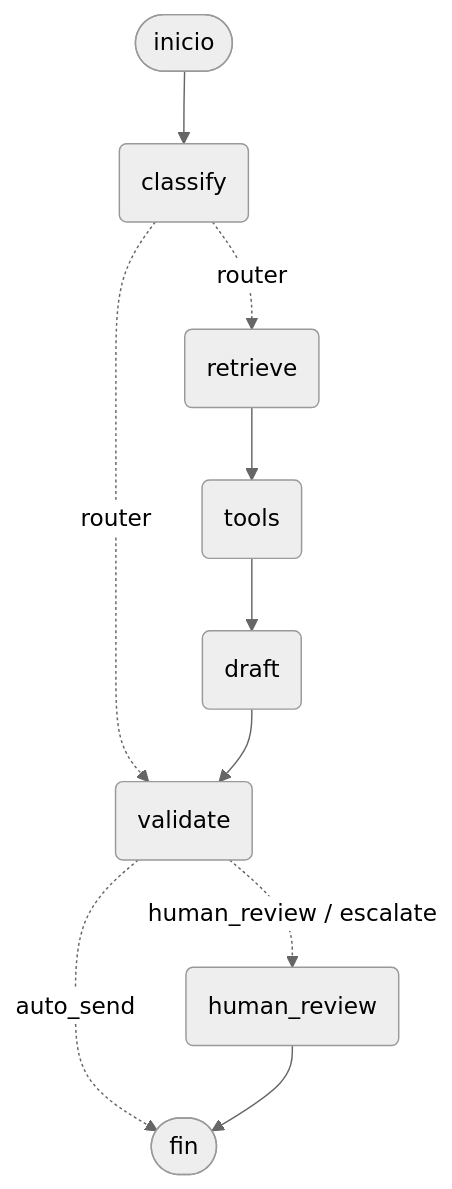
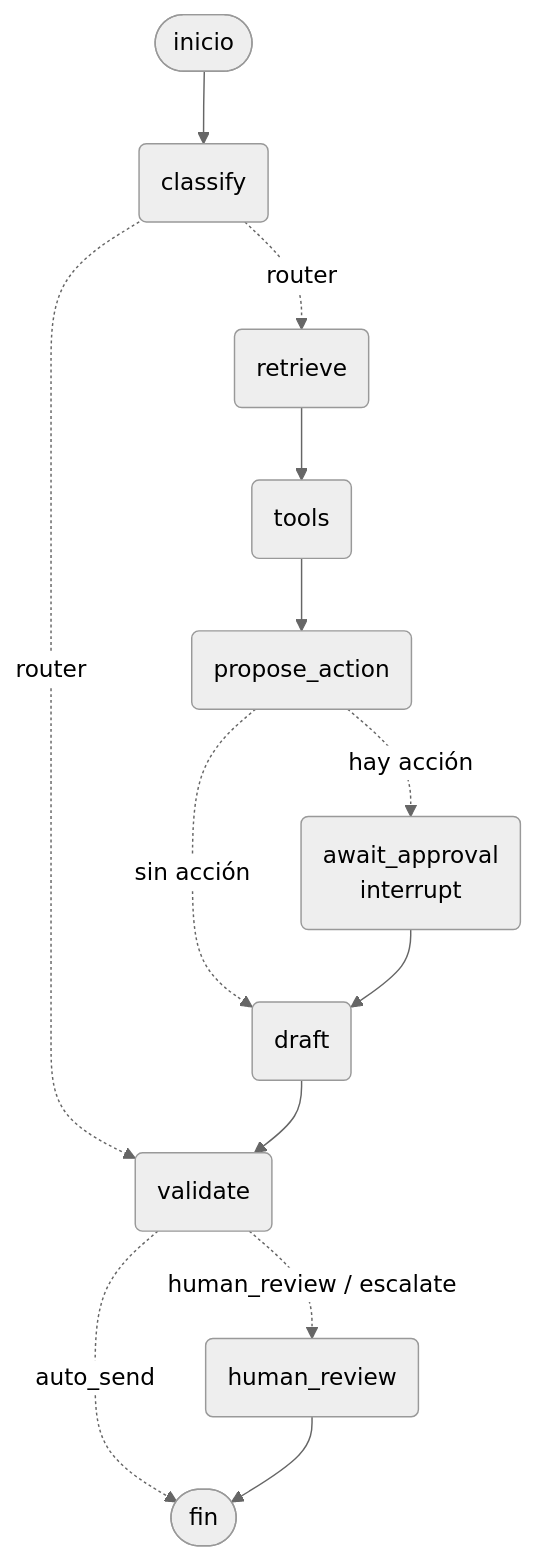
Before and after one commit to pedropancorbo14/AI-Mail-Automation-Platform: the third of 7 diagrams in ai-service/README.md, drawn with Mermaid (neutral theme). The commit also changed other lines of this file and 2 other files, not shown here.

````diff
--- a/ai-service/README.md
+++ b/ai-service/README.md
@@ -126,20 +132,25 @@
 ```mermaid
 graph TD;
 	__start__([inicio]):::first
 	classify(classify)
 	retrieve(retrieve)
 	tools(tools)
+	propose_action(propose_action)
+	await_approval(await_approval<br/>interrupt)
 	draft(draft)
 	validate(validate)
 	human_review(human_review)
 	__end__([fin]):::last
 	__start__ --> classify;
 	classify -. router .-> retrieve;
 	classify -. router .-> validate;
 	retrieve --> tools;
-	tools --> draft;
+	tools --> propose_action;
+	propose_action -. hay acción .-> await_approval;
+	propose_action -. sin acción .-> draft;
+	await_approval --> draft;
 	draft --> validate;
 	validate -. auto_send .-> __end__;
 	validate -. human_review / escalate .-> human_review;
 	human_review --> __end__;
 ```
````
